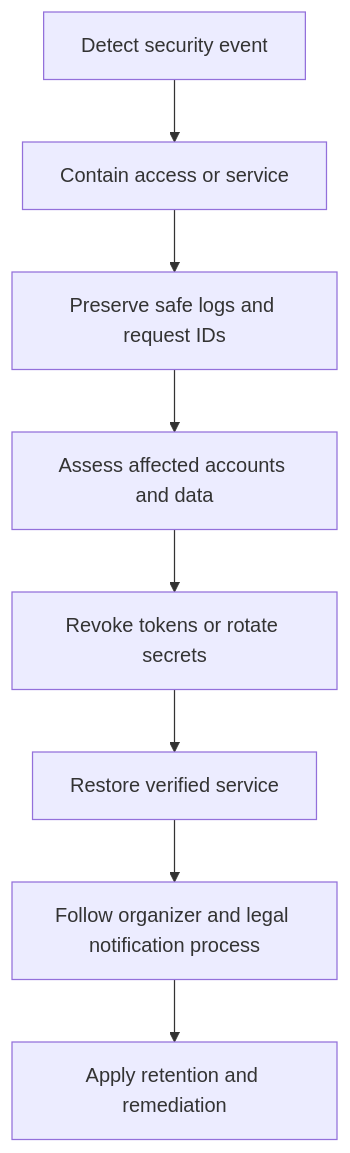
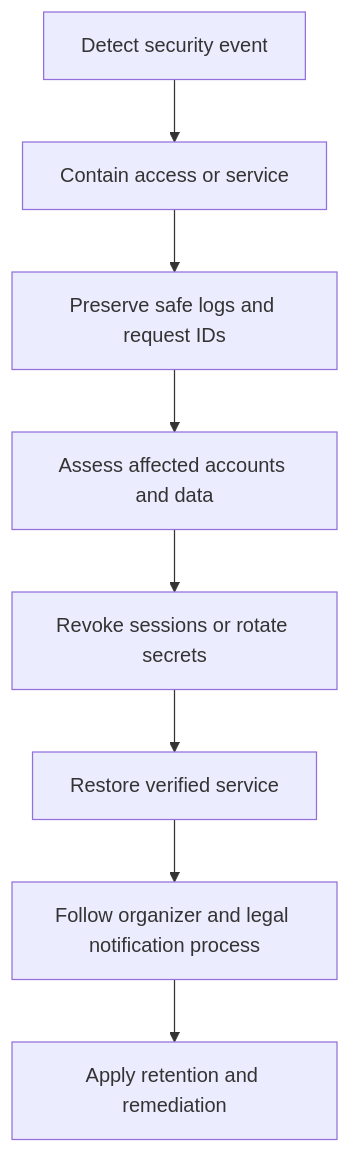
The fifth of 5 diagrams in docs/security.md (BigZet/AMLautosim), drawn with Mermaid before and after one commit. The commit also changed other lines of this file and 179 other files, not shown here.

````diff
--- a/docs/security.md
+++ b/docs/security.md
@@ -336,10 +337,10 @@
 ```mermaid
 flowchart TD
     detect["Detect security event"] --> contain["Contain access or service"]
     contain --> preserve["Preserve safe logs and request IDs"]
     preserve --> assess["Assess affected accounts and data"]
-    assess --> rotate["Revoke tokens or rotate secrets"]
+    assess --> rotate["Revoke sessions or rotate secrets"]
     rotate --> recover["Restore verified service"]
     recover --> notify["Follow organizer and legal notification process"]
     notify --> delete["Apply retention and remediation"]
 ```
````
